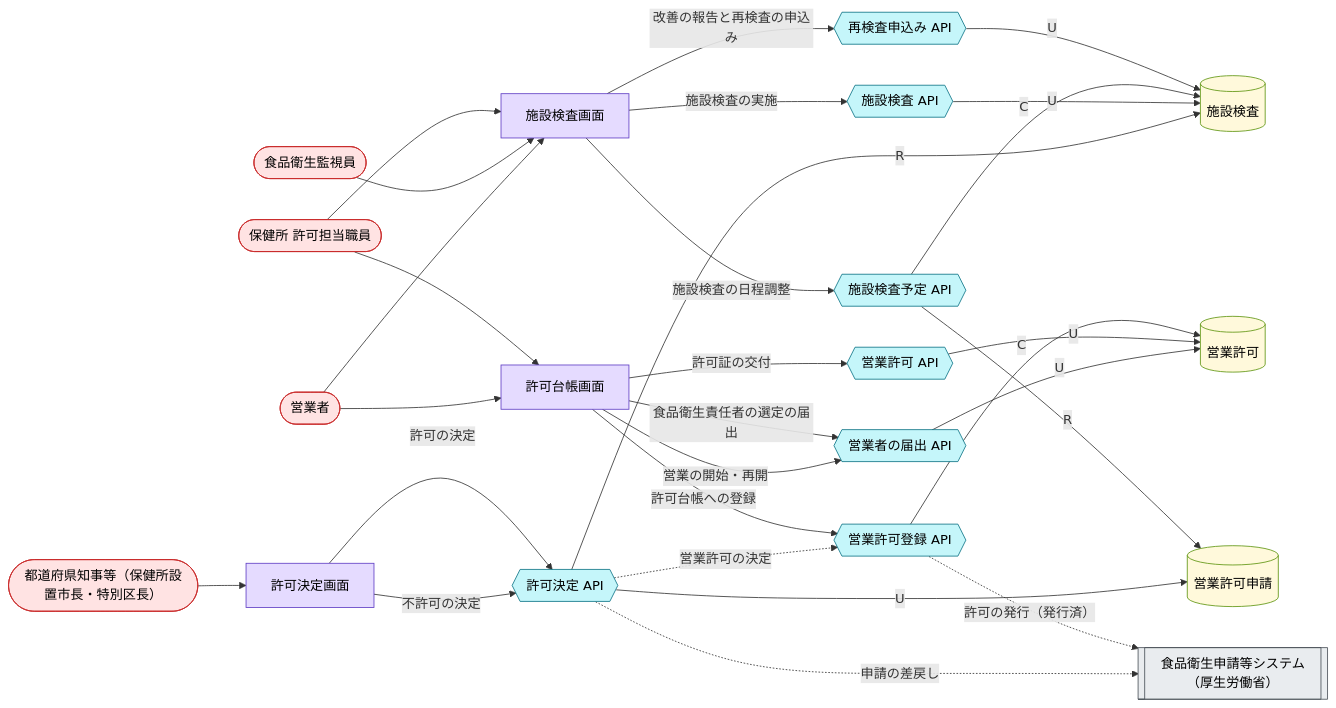
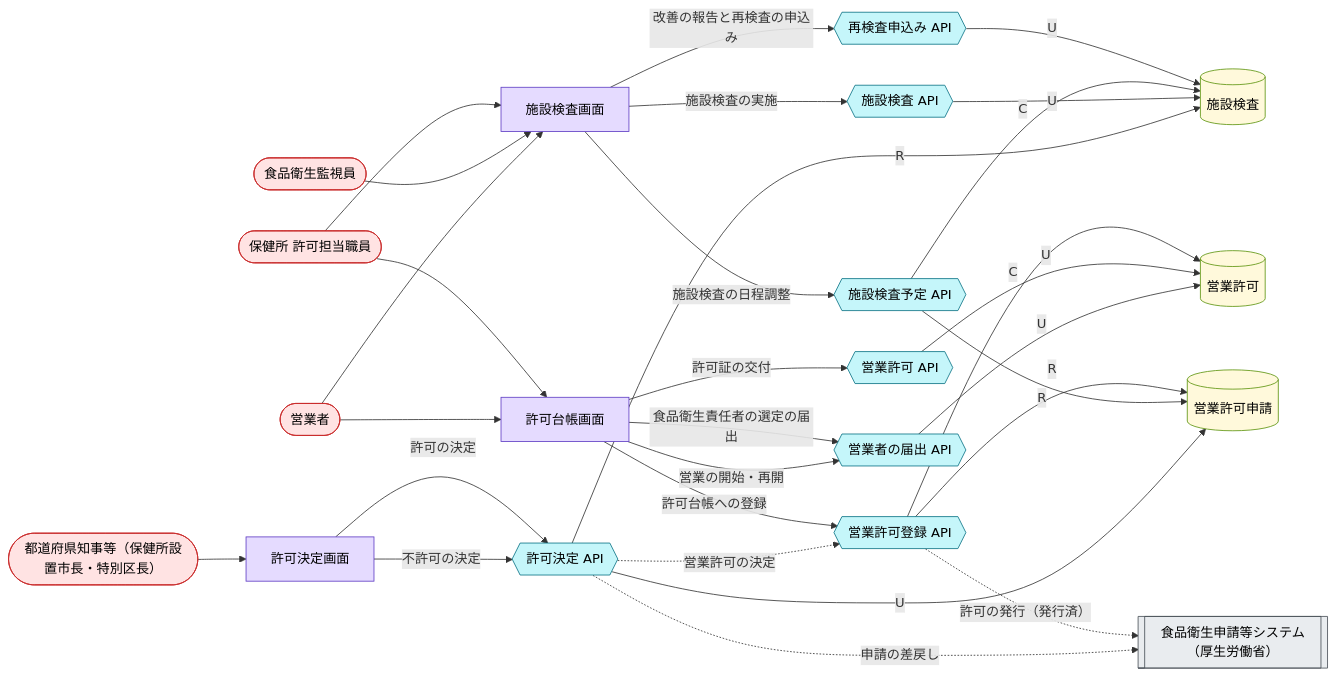
The diagram in samples/food-permit-ops/out/buc/robustness_inspection_decision.mmd (manji-0/rdra-ish-dsl), drawn with Mermaid before and after one commit. The commit also changed 48 other files, not shown here.

```diff
--- a/samples/food-permit-ops/out/buc/robustness_inspection_decision.mmd
+++ b/samples/food-permit-ops/out/buc/robustness_inspection_decision.mmd
@@ -1,54 +1,55 @@
 %% rdra-ish diagram=robustness scope=buc:BucInspectionDecision model=samples/food-permit-ops
 %% kinds: actor extsystem screen api entity
 %% omitted: nfr buc step medium permission event condition
 flowchart LR
   actor__BusinessOperator(["営業者"]):::actor
   actor__FoodSanitationInspector(["食品衛生監視員"]):::actor
   actor__PermitAuthority(["都道府県知事等（保健所設置市長・特別区長）"]):::actor
   actor__PermitClerk(["保健所 許可担当職員"]):::actor
   extsystem__FoodSanitationSystem[["食品衛生申請等システム（厚生労働省）"]]:::extsystem
   screen__DecisionScreen["許可決定画面"]:::screen
   screen__InspectionScreen["施設検査画面"]:::screen
   screen__PermitLedgerScreen["許可台帳画面"]:::screen
   api__DecisionApi{{"許可決定 API"}}:::api
   api__InspectionApi{{"施設検査 API"}}:::api
   api__InspectionScheduleApi{{"施設検査予定 API"}}:::api
   api__OperatorPermitApi{{"営業者の届出 API"}}:::api
   api__PermitApi{{"営業許可 API"}}:::api
   api__PermitRegistrationApi{{"営業許可登録 API"}}:::api
   api__ReinspectionApi{{"再検査申込み API"}}:::api
   entity__BusinessPermit[("営業許可")]:::entity
   entity__Inspection[("施設検査")]:::entity
   entity__PermitApplication[("営業許可申請")]:::entity
   actor__BusinessOperator --> screen__InspectionScreen
   actor__BusinessOperator --> screen__PermitLedgerScreen
   actor__FoodSanitationInspector --> screen__InspectionScreen
   actor__PermitAuthority --> screen__DecisionScreen
   actor__PermitClerk --> screen__InspectionScreen
   actor__PermitClerk --> screen__PermitLedgerScreen
   api__DecisionApi -->|R| entity__Inspection
   api__DecisionApi -->|U| entity__PermitApplication
   api__DecisionApi -.->|営業許可の決定| api__PermitRegistrationApi
   api__DecisionApi -.->|申請の差戻し| extsystem__FoodSanitationSystem
   api__InspectionApi -->|U| entity__Inspection
   api__InspectionScheduleApi -->|C| entity__Inspection
   api__InspectionScheduleApi -->|R| entity__PermitApplication
   api__OperatorPermitApi -->|U| entity__BusinessPermit
   api__PermitApi -->|U| entity__BusinessPermit
   api__PermitRegistrationApi -->|C| entity__BusinessPermit
+  api__PermitRegistrationApi -->|R| entity__PermitApplication
   api__PermitRegistrationApi -.->|許可の発行（発行済）| extsystem__FoodSanitationSystem
   api__ReinspectionApi -->|U| entity__Inspection
   screen__DecisionScreen -->|不許可の決定| api__DecisionApi
   screen__DecisionScreen -->|許可の決定| api__DecisionApi
   screen__InspectionScreen -->|改善の報告と再検査の申込み| api__ReinspectionApi
   screen__InspectionScreen -->|施設検査の実施| api__InspectionApi
   screen__InspectionScreen -->|施設検査の日程調整| api__InspectionScheduleApi
   screen__PermitLedgerScreen -->|営業の開始・再開| api__OperatorPermitApi
   screen__PermitLedgerScreen -->|許可台帳への登録| api__PermitRegistrationApi
   screen__PermitLedgerScreen -->|許可証の交付| api__PermitApi
   screen__PermitLedgerScreen -->|食品衛生責任者の選定の届出| api__OperatorPermitApi
   classDef actor fill:#ffe3e3,stroke:#c92a2a,color:#000;
   classDef extsystem fill:#e9ecef,stroke:#495057,color:#000;
   classDef screen fill:#e5dbff,stroke:#5f3dc4,color:#000;
   classDef api fill:#c5f6fa,stroke:#0b7285,color:#000;
   classDef entity fill:#fff9db,stroke:#5c940d,color:#000;
```
